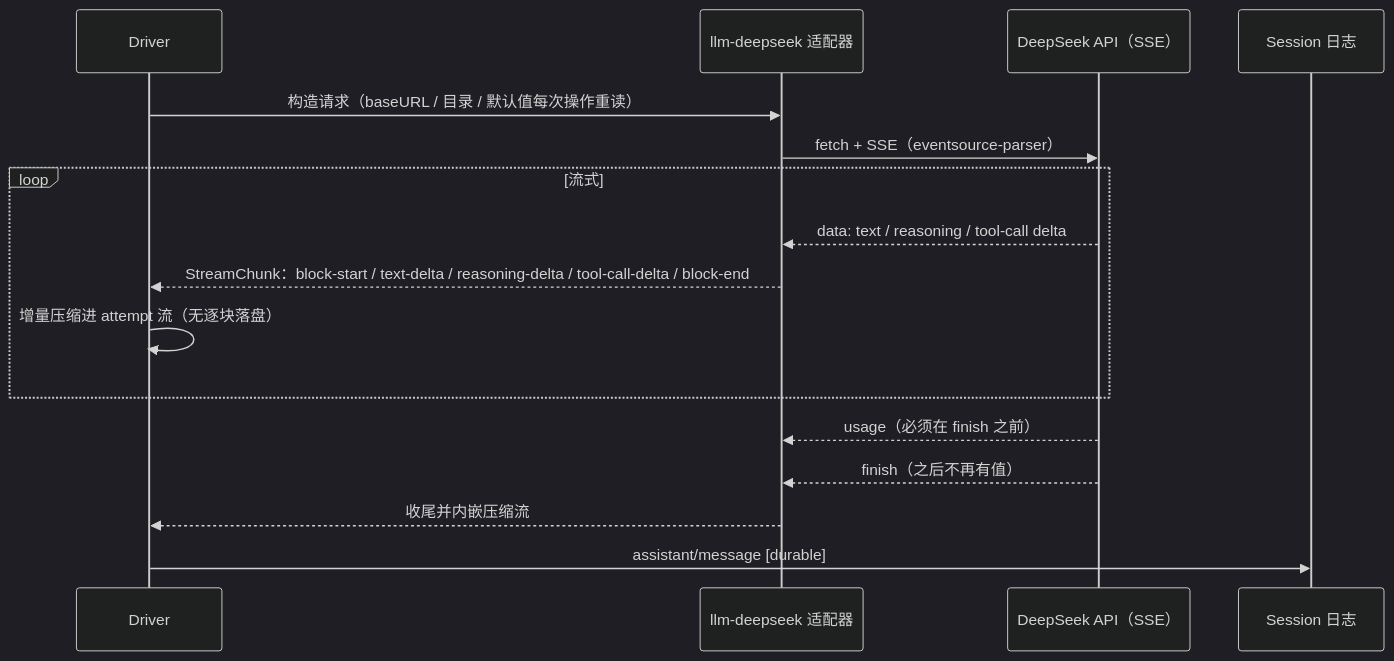
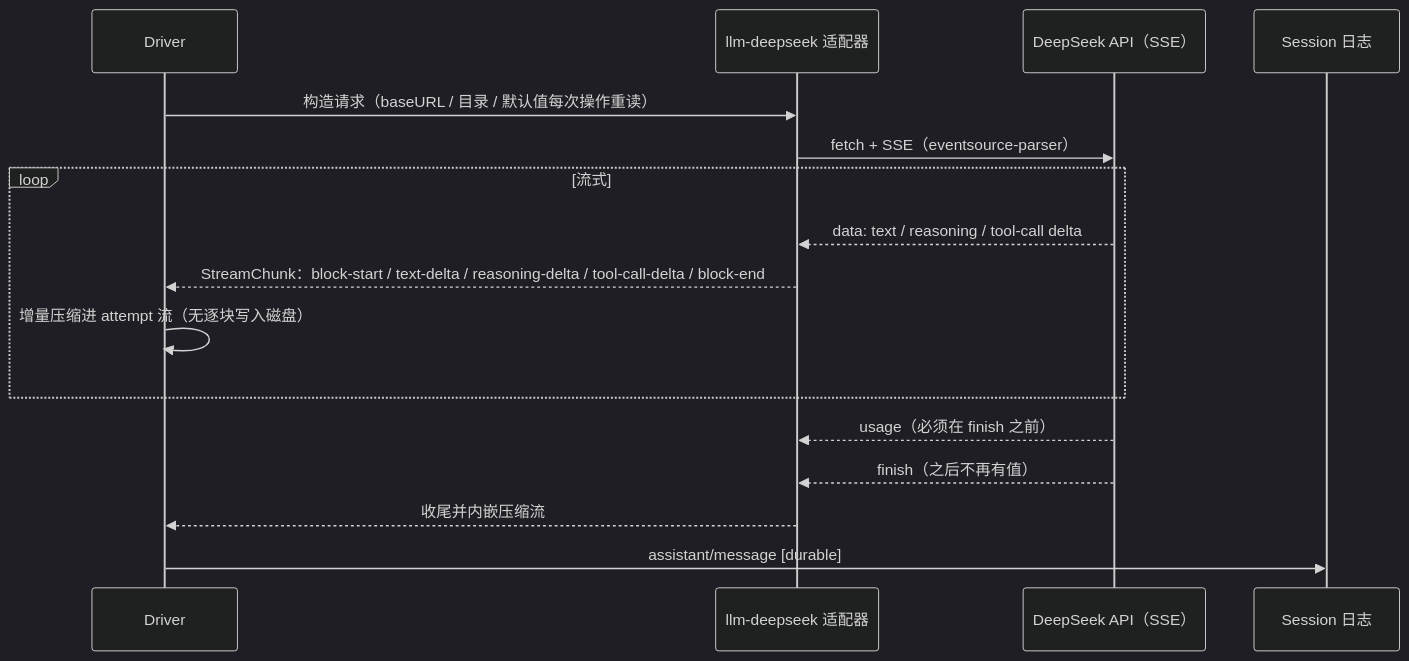
The fourth of 5 diagrams in docs/report/03-flows.md (ZZKeepCurious/mini-deepseek-harness-python), drawn with Mermaid (dark theme) before and after one commit. The commit also changed other lines of this file and 28 other files, not shown here.

````diff
--- a/docs/report/03-flows.md
+++ b/docs/report/03-flows.md
@@ -183,18 +183,18 @@
 ```mermaid
 sequenceDiagram
   participant D as Driver
   participant AD as llm-deepseek 适配器
   participant API as DeepSeek API（SSE）
   participant S as Session 日志
   D->>AD: 构造请求（baseURL / 目录 / 默认值每次操作重读）
   AD->>API: fetch + SSE（eventsource-parser）
   loop 流式
     API-->>AD: data: text / reasoning / tool-call delta
     AD-->>D: StreamChunk：block-start / text-delta / reasoning-delta / tool-call-delta / block-end
-    D->>D: 增量压缩进 attempt 流（无逐块落盘）
+    D->>D: 增量压缩进 attempt 流（无逐块写入磁盘）
   end
   API-->>AD: usage（必须在 finish 之前）
   API-->>AD: finish（之后不再有值）
   AD-->>D: 收尾并内嵌压缩流
   D->>S: assistant/message [durable]
 ```
````
